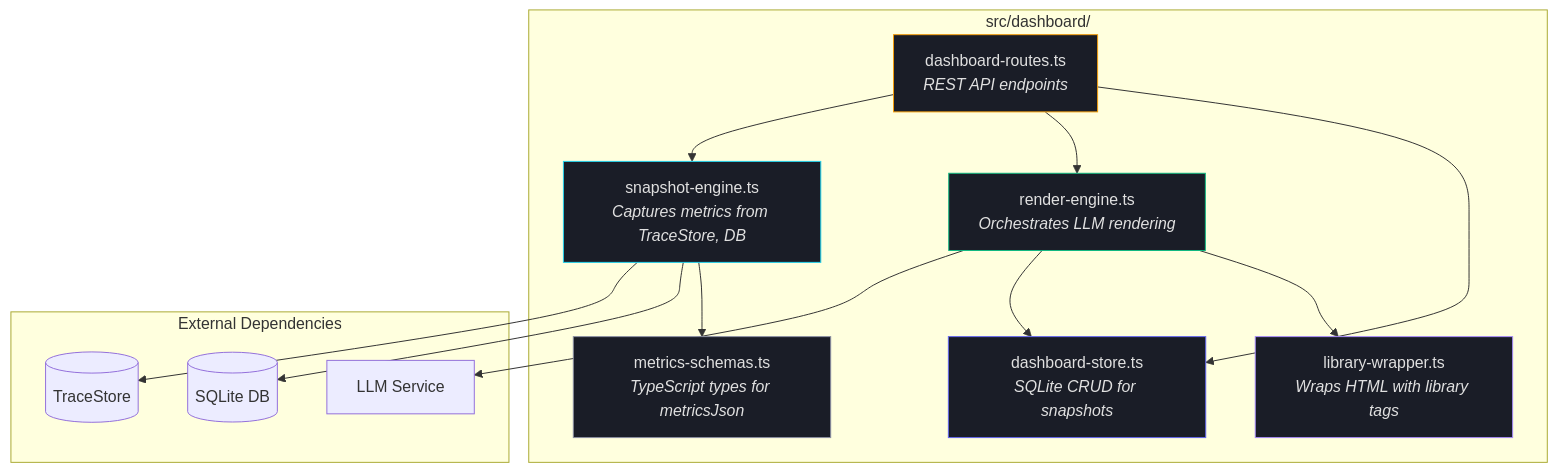
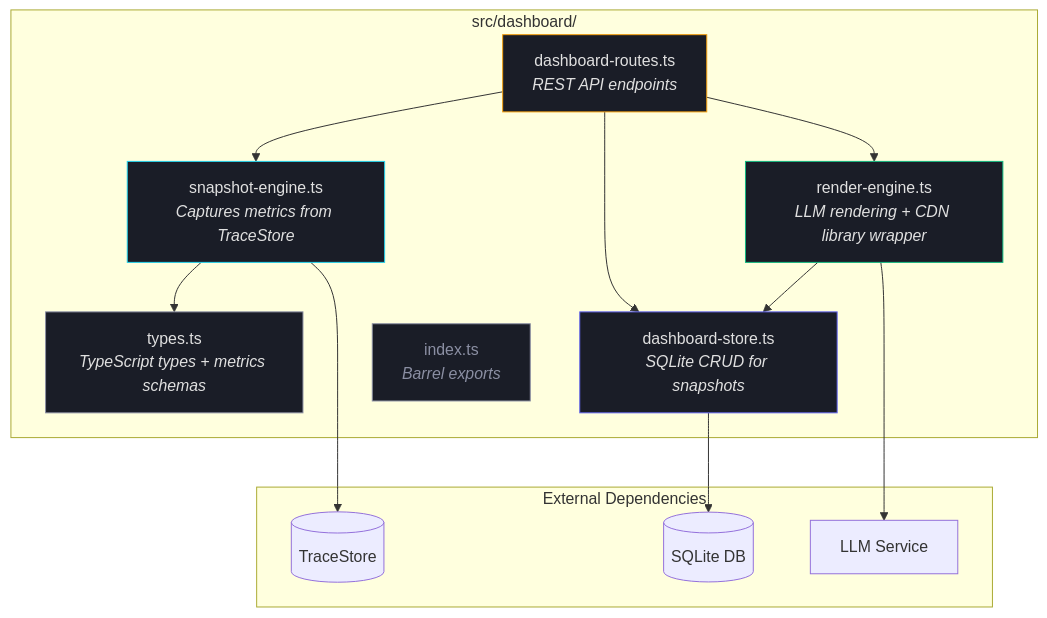
Before and after one commit to joechiu-uipath/olliebot: the sixth of 9 diagrams in docs/design/mission-dashboard-design-ready.md, drawn with Mermaid. The commit also changed other lines of this file and 5 other files, not shown here.

````diff
--- a/docs/design/mission-dashboard-design-ready.md
+++ b/docs/design/mission-dashboard-design-ready.md
@@ -390,34 +390,33 @@
 ```mermaid
 graph TD
     subgraph "src/dashboard/"
+        TP[types.ts<br/><i>TypeScript types + metrics schemas</i>]
         DS[dashboard-store.ts<br/><i>SQLite CRUD for snapshots</i>]
-        SE[snapshot-engine.ts<br/><i>Captures metrics from TraceStore, DB</i>]
-        RE[render-engine.ts<br/><i>Orchestrates LLM rendering</i>]
+        SE[snapshot-engine.ts<br/><i>Captures metrics from TraceStore</i>]
+        RE[render-engine.ts<br/><i>LLM rendering + CDN library wrapper</i>]
         DR[dashboard-routes.ts<br/><i>REST API endpoints</i>]
-        LW[library-wrapper.ts<br/><i>Wraps HTML with library tags</i>]
-        MS[metrics-schemas.ts<br/><i>TypeScript types for metricsJson</i>]
+        IX[index.ts<br/><i>Barrel exports</i>]
     end
 
     subgraph "External Dependencies"
         TS[(TraceStore)]
         DB[(SQLite DB)]
         LLM[LLM Service]
     end
 
     DR --> SE
     DR --> RE
     DR --> DS
     SE --> TS
-    SE --> DB
-    SE --> MS
+    SE --> TP
+    DS --> DB
     RE --> LLM
     RE --> DS
-    RE --> LW
 
+    style TP fill:#1a1d27,stroke:#8b8fa3,color:#e0e0e0
     style DS fill:#1a1d27,stroke:#6366f1,color:#e0e0e0
     style SE fill:#1a1d27,stroke:#22d3ee,color:#e0e0e0
     style RE fill:#1a1d27,stroke:#10b981,color:#e0e0e0
     style DR fill:#1a1d27,stroke:#f59e0b,color:#e0e0e0
-    style LW fill:#1a1d27,stroke:#a78bfa,color:#e0e0e0
-    style MS fill:#1a1d27,stroke:#8b8fa3,color:#e0e0e0
+    style IX fill:#1a1d27,stroke:#8b8fa3,color:#8b8fa3
 ```
````
